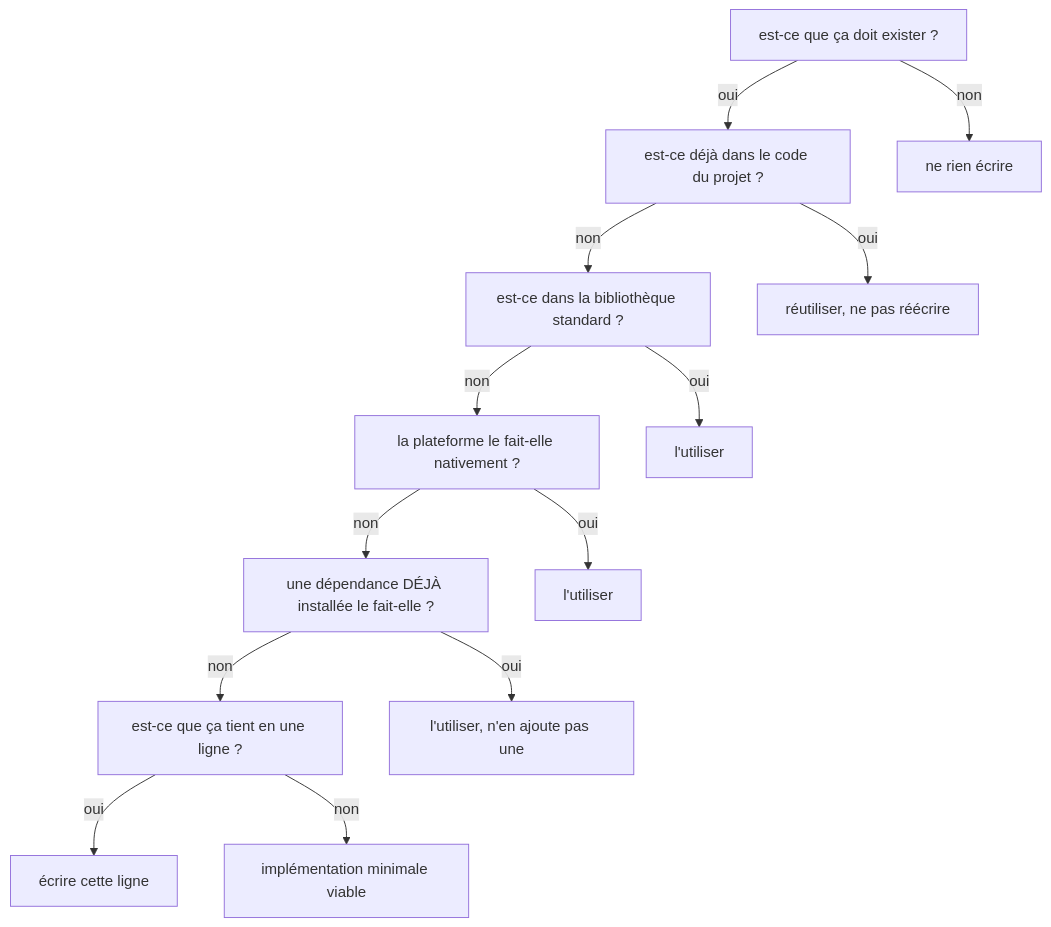
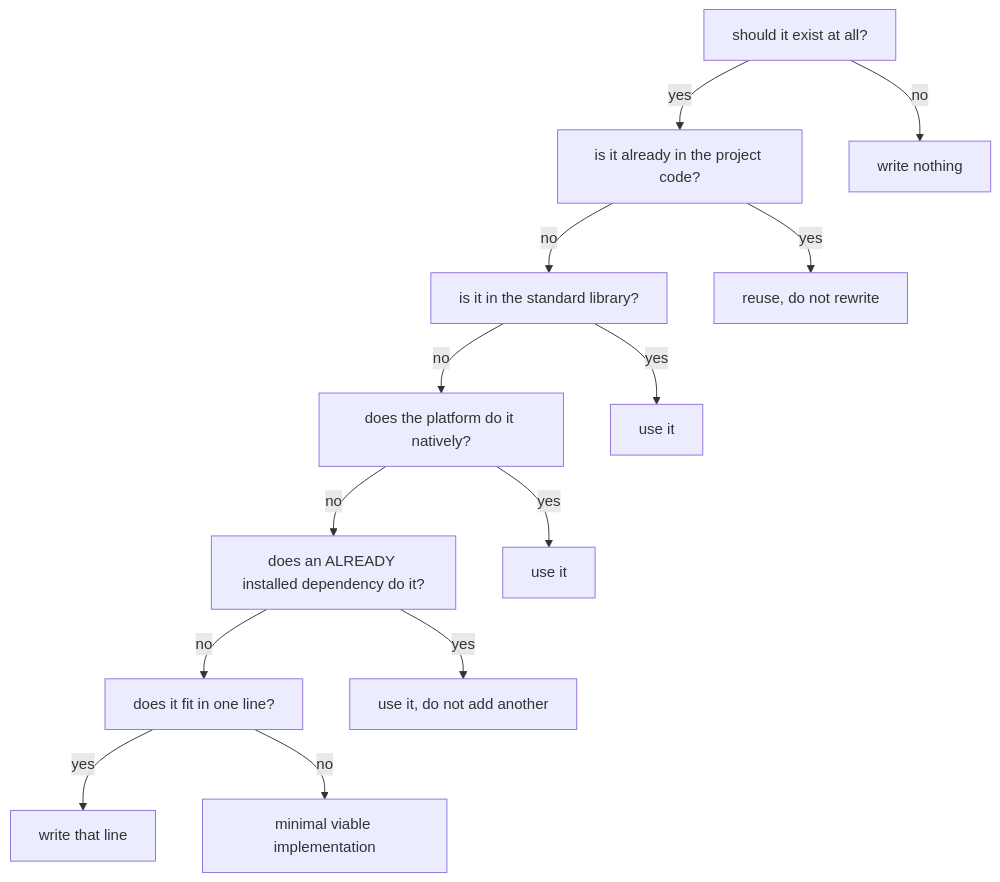
One commit to MasterLaplace/LplCraftSkills changed the first of 3 diagrams in skills/concevoir-avant-coder/SKILL.md. Above: the diagram before and after it, drawn with Mermaid. The commit also changed other lines of this file and 16 other files, not shown here.

First line of the commit message:
docs: Mermaid diagram text moves to English, the prose stays French

````diff
--- a/skills/concevoir-avant-coder/SKILL.md
+++ b/skills/concevoir-avant-coder/SKILL.md
@@ -123,22 +123,22 @@
 ```mermaid
 flowchart TD
-  Q0["est-ce que ça doit exister ?"]
-  Q1["est-ce déjà dans le code du projet ?"]
-  Q2["est-ce dans la bibliothèque standard ?"]
-  Q3["la plateforme le fait-elle nativement ?"]
-  Q4["une dépendance DÉJÀ installée le fait-elle ?"]
-  Q5["est-ce que ça tient en une ligne ?"]
-  Q6["implémentation minimale viable"]
-  Q0 -->|non| S0["ne rien écrire"]
-  Q0 -->|oui| Q1
-  Q1 -->|oui| S1["réutiliser, ne pas réécrire"]
-  Q1 -->|non| Q2
-  Q2 -->|oui| S2["l'utiliser"]
-  Q2 -->|non| Q3
-  Q3 -->|oui| S3["l'utiliser"]
-  Q3 -->|non| Q4
-  Q4 -->|oui| S4["l'utiliser, n'en ajoute pas une"]
-  Q4 -->|non| Q5
-  Q5 -->|oui| S5["écrire cette ligne"]
-  Q5 -->|non| Q6
+  Q0["should it exist at all?"]
+  Q1["is it already in the project code?"]
+  Q2["is it in the standard library?"]
+  Q3["does the platform do it natively?"]
+  Q4["does an ALREADY installed dependency do it?"]
+  Q5["does it fit in one line?"]
+  Q6["minimal viable implementation"]
+  Q0 -->|no| S0["write nothing"]
+  Q0 -->|yes| Q1
+  Q1 -->|yes| S1["reuse, do not rewrite"]
+  Q1 -->|no| Q2
+  Q2 -->|yes| S2["use it"]
+  Q2 -->|no| Q3
+  Q3 -->|yes| S3["use it"]
+  Q3 -->|no| Q4
+  Q4 -->|yes| S4["use it, do not add another"]
+  Q4 -->|no| Q5
+  Q5 -->|yes| S5["write that line"]
+  Q5 -->|no| Q6
 ```
````
